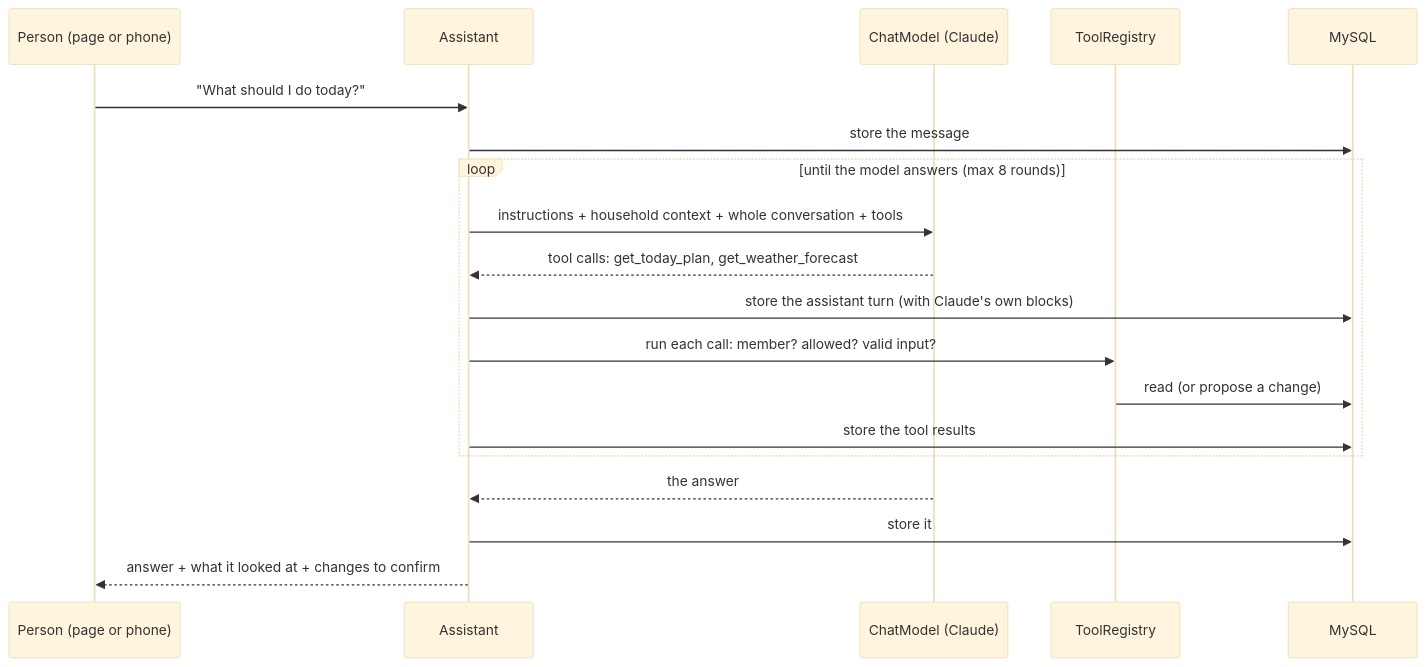
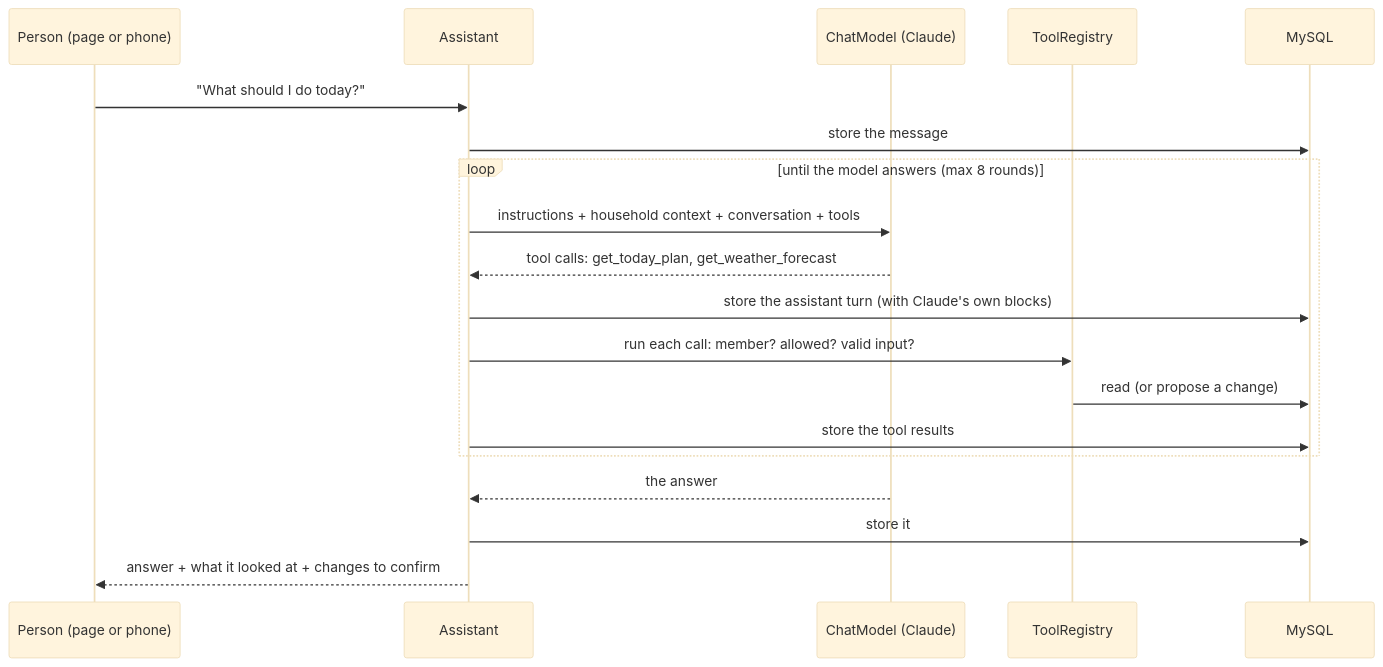
Before and after one commit to kgiannopoulou/home-helper-api: the diagram in docs/assistant.md, drawn with Mermaid (base theme). The commit also changed other lines of this file and 92 other files, not shown here.

````diff
--- a/docs/assistant.md
+++ b/docs/assistant.md
@@ -30,22 +30,22 @@
 ```mermaid
 sequenceDiagram
     participant P as Person (page or phone)
     participant A as Assistant
     participant M as ChatModel (Claude)
     participant R as ToolRegistry
     participant DB as MySQL
 
     P->>A: "What should I do today?"
     A->>DB: store the message
     loop until the model answers (max 8 rounds)
-        A->>M: instructions + household context + whole conversation + tools
+        A->>M: instructions + household context + conversation + tools
         M-->>A: tool calls: get_today_plan, get_weather_forecast
         A->>DB: store the assistant turn (with Claude's own blocks)
         A->>R: run each call: member? allowed? valid input?
         R->>DB: read (or propose a change)
         A->>DB: store the tool results
     end
     M-->>A: the answer
     A->>DB: store it
     A-->>P: answer + what it looked at + changes to confirm
 ```
````
